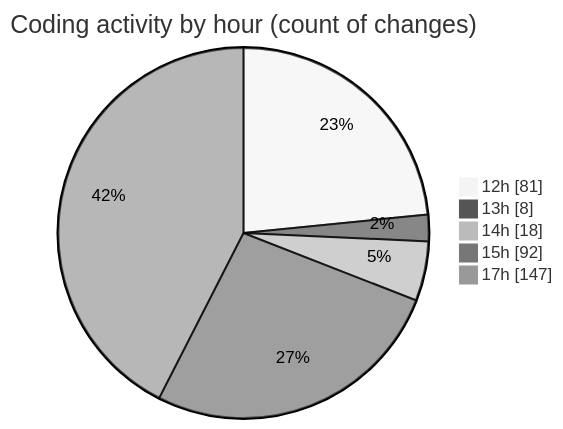
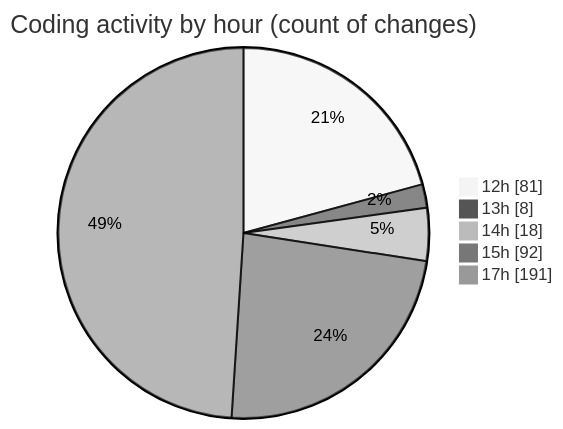
Before and after one commit to Ritupan-Deka/code-tracking: the second of 2 diagrams in 2025-12-28/rust/README.md, drawn with Mermaid (neutral theme). The commit also changed other lines of this file and 1 other file, not shown here.

````diff
--- a/2025-12-28/rust/README.md
+++ b/2025-12-28/rust/README.md
@@ -30,9 +30,9 @@
 ```mermaid
 pie showData
 title Coding activity by hour (count of changes)
 "12h" : 81
 "13h" : 8
 "14h" : 18
 "15h" : 92
-"17h" : 147
+"17h" : 191
 ```
````
